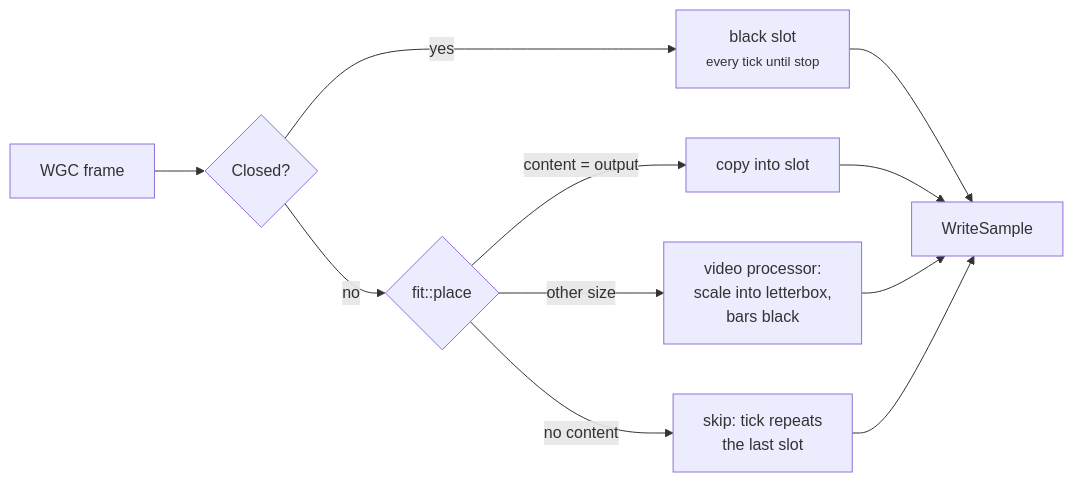
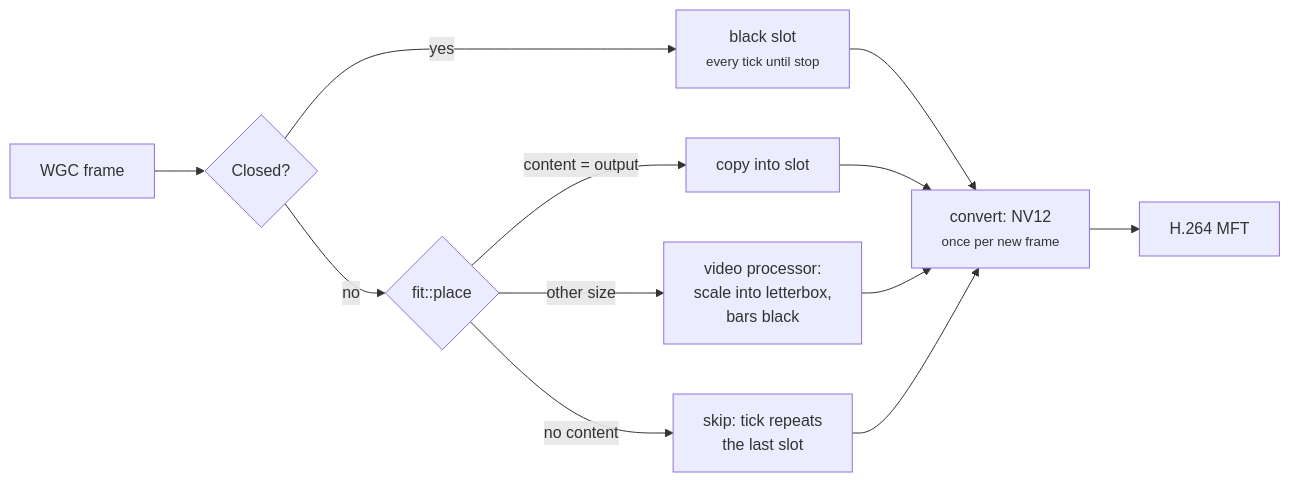
One commit to NinjaGoldfinch/ninja-recorder changed the fifth of 10 diagrams in docs/architecture.md. Above: the diagram before and after it, drawn with Mermaid. The commit also changed other lines of this file and 29 other files, not shown here.

````diff
--- a/docs/architecture.md
+++ b/docs/architecture.md
@@ -271,13 +278,14 @@
 ```mermaid
 flowchart LR
     F["WGC frame"] --> C{"Closed?"}
     C -->|yes| B["black slot<br/><small>every tick until stop</small>"]
     C -->|no| P{"fit::place"}
     P -->|"content = output"| CP["copy into slot"]
     P -->|"other size"| VP["video processor:<br/>scale into letterbox,<br/>bars black"]
     P -->|"no content"| SK["skip: tick repeats<br/>the last slot"]
-    CP --> W["WriteSample"]
+    CP --> W["convert: NV12<br/><small>once per new frame</small>"]
     VP --> W
     B --> W
     SK --> W
+    W --> E["H.264 MFT"]
 ```
````
